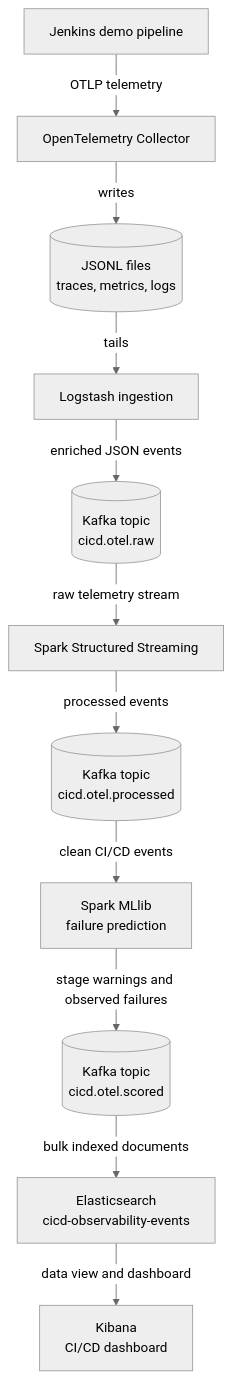
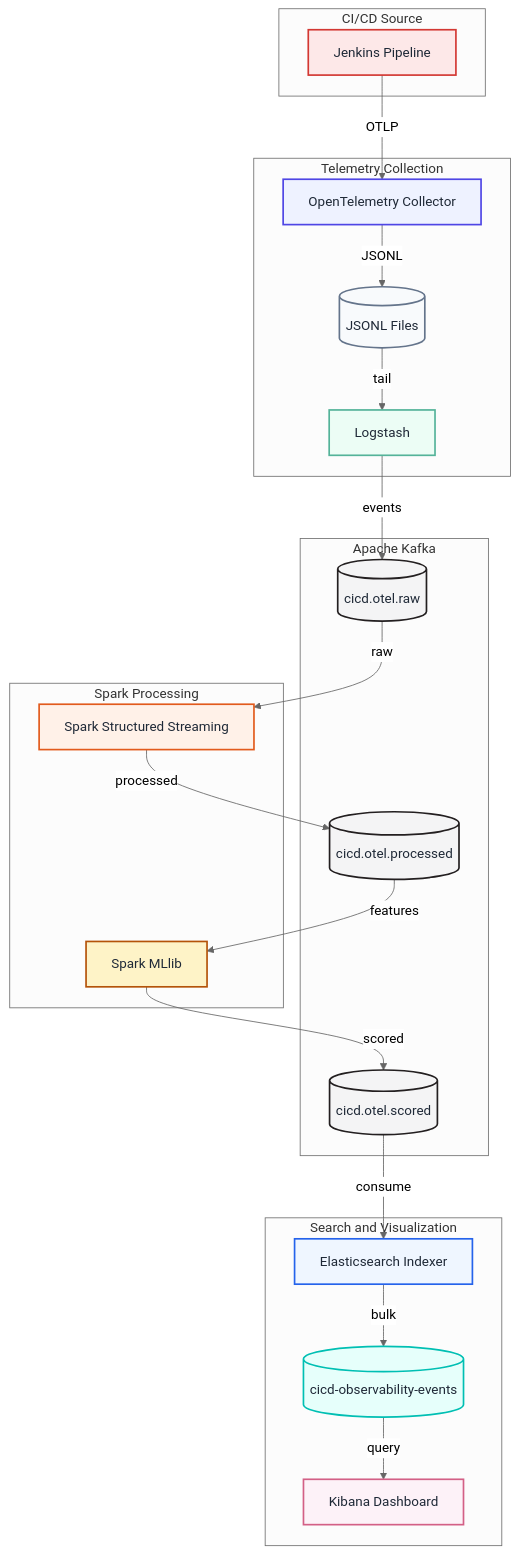
One commit to Darakuu/CI-CD-Observability-Stream changed the diagram in docs/00-Pipeline_Overview.md. Above: the diagram before and after it, drawn with Mermaid (neutral theme). The commit also changed other lines of this file, not shown here.

Commit message:
chore: overall pipeline diagram with fancy colors

````diff
--- a/docs/00-Pipeline_Overview.md
+++ b/docs/00-Pipeline_Overview.md
@@ -7,25 +18,63 @@
 ```mermaid
 flowchart TD
-    Jenkins["Jenkins demo pipeline"]
-    OTel["OpenTelemetry Collector"]
-    Files[("JSONL files\ntraces, metrics, logs")]
-    Logstash["Logstash ingestion"]
-    RawKafka[("Kafka topic\ncicd.otel.raw")]
-    Spark["Spark Structured Streaming"]
-    ProcessedKafka[("Kafka topic\ncicd.otel.processed")]
-    MLlib["Spark MLlib\nfailure prediction"]
-    ScoredKafka[("Kafka topic\ncicd.otel.scored")]
-    Elasticsearch["Elasticsearch\ncicd-observability-events"]
-    Kibana["Kibana\nCI/CD dashboard"]
+    subgraph CI["CI/CD Source"]
+        Jenkins["Jenkins Pipeline"]
+    end
 
-    Jenkins -->|"OTLP telemetry"| OTel
-    OTel -->|"writes"| Files
-    Files -->|"tails"| Logstash
-    Logstash -->|"enriched JSON events"| RawKafka
-    RawKafka -->|"raw telemetry stream"| Spark
-    Spark -->|"processed events"| ProcessedKafka
-    ProcessedKafka -->|"clean CI/CD events"| MLlib
-    MLlib -->|"stage warnings and observed failures"| ScoredKafka
-    ScoredKafka -->|"bulk indexed documents"| Elasticsearch
-    Elasticsearch -->|"data view and dashboard"| Kibana
+    subgraph Collect["Telemetry Collection"]
+        OTel["OpenTelemetry Collector"]
+        Files[("JSONL Files")]
+        Logstash["Logstash"]
+    end
+
+    subgraph Stream["Apache Kafka"]
+        RawKafka[("cicd.otel.raw")]
+        ProcessedKafka[("cicd.otel.processed")]
+        ScoredKafka[("cicd.otel.scored")]
+    end
+
+    subgraph Process["Spark Processing"]
+        Spark["Spark Structured Streaming"]
+        MLlib["Spark MLlib"]
+    end
+
+    subgraph Search["Search and Visualization"]
+        Indexer["Elasticsearch Indexer"]
+        Elasticsearch[("cicd-observability-events")]
+        Kibana["Kibana Dashboard"]
+    end
+
+    Jenkins -->|"OTLP"| OTel
+    OTel -->|"JSONL"| Files
+    Files -->|"tail"| Logstash
+    Logstash -->|"events"| RawKafka
+    RawKafka -->|"raw"| Spark
+    Spark -->|"processed"| ProcessedKafka
+    ProcessedKafka -->|"features"| MLlib
+    MLlib -->|"scored"| ScoredKafka
+    ScoredKafka -->|"consume"| Indexer
+    Indexer -->|"bulk"| Elasticsearch
+    Elasticsearch -->|"query"| Kibana
+
+    classDef jenkins fill:#FDE8E8,stroke:#D33833,stroke-width:2px,color:#1F2937;
+    classDef otel fill:#EEF2FF,stroke:#4F46E5,stroke-width:2px,color:#1F2937;
+    classDef file fill:#F8FAFC,stroke:#64748B,stroke-width:2px,color:#1F2937;
+    classDef logstash fill:#ECFDF5,stroke:#54B399,stroke-width:2px,color:#1F2937;
+    classDef kafka fill:#F4F4F5,stroke:#231F20,stroke-width:2px,color:#1F2937;
+    classDef spark fill:#FFF1E8,stroke:#E25A1C,stroke-width:2px,color:#1F2937;
+    classDef mllib fill:#FEF3C7,stroke:#B45309,stroke-width:2px,color:#1F2937;
+    classDef indexer fill:#EFF6FF,stroke:#2563EB,stroke-width:2px,color:#1F2937;
+    classDef elasticsearch fill:#E6FFFB,stroke:#00BFB3,stroke-width:2px,color:#1F2937;
+    classDef kibana fill:#FDF2F8,stroke:#D36086,stroke-width:2px,color:#1F2937;
+
+    class Jenkins jenkins;
+    class OTel otel;
+    class Files file;
+    class Logstash logstash;
+    class RawKafka,ProcessedKafka,ScoredKafka kafka;
+    class Spark spark;
+    class MLlib mllib;
+    class Indexer indexer;
+    class Elasticsearch elasticsearch;
+    class Kibana kibana;
 ```
````
